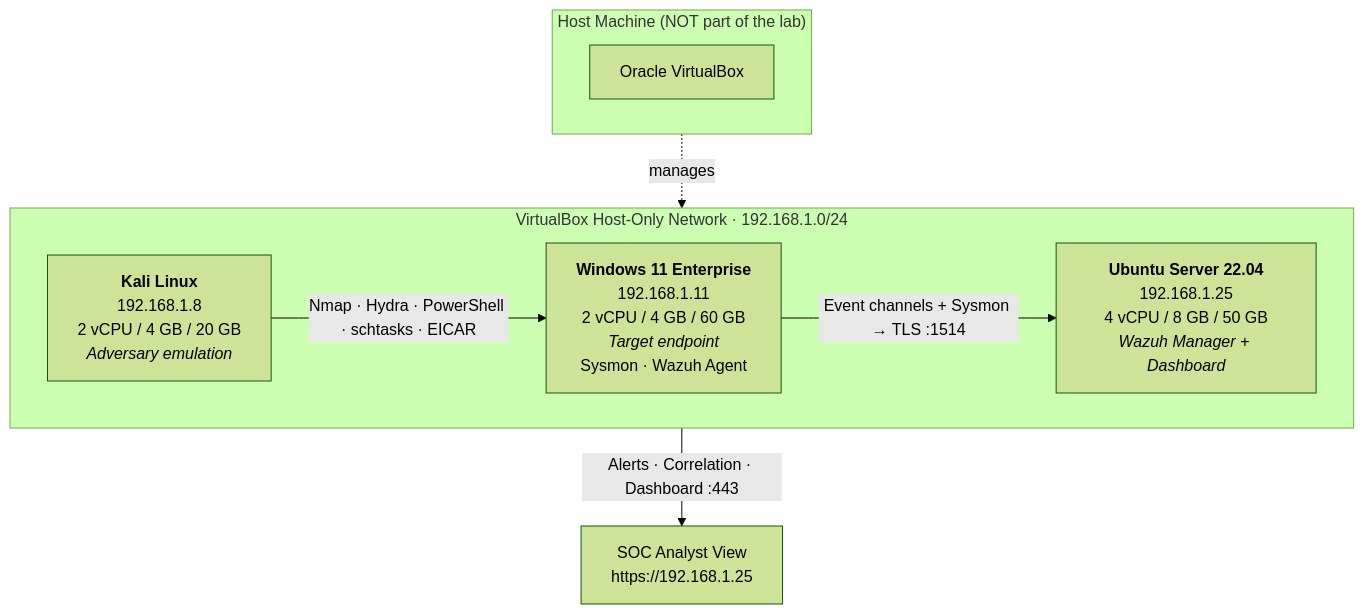
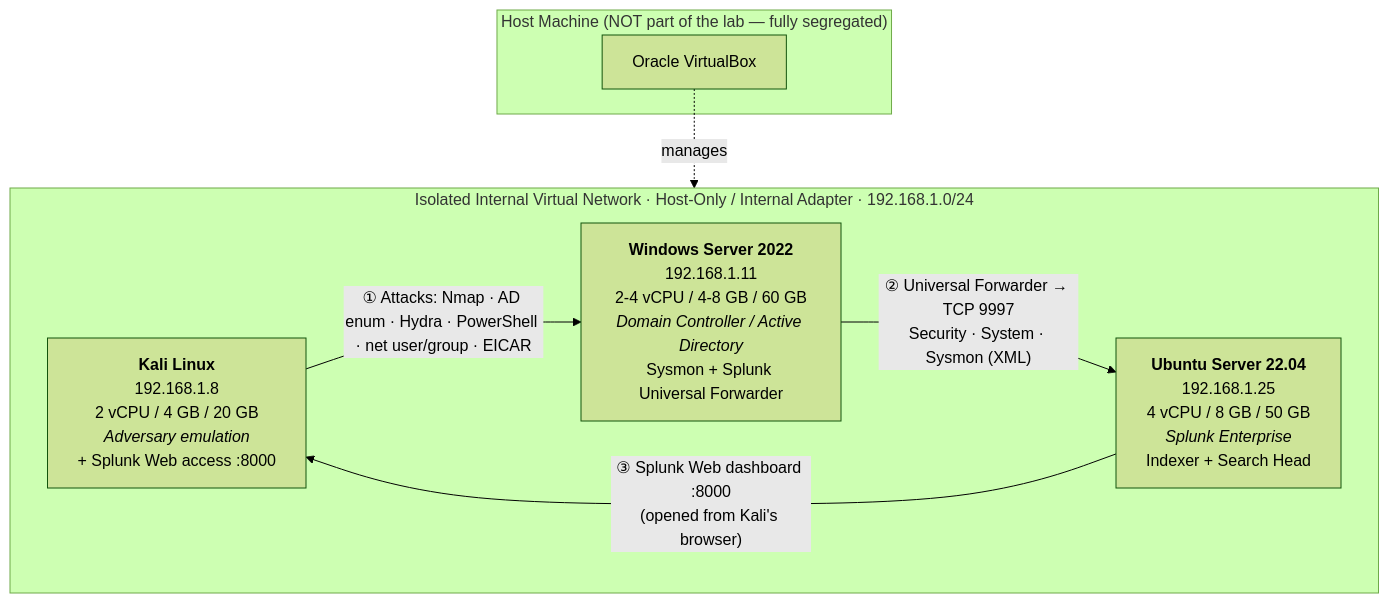
One commit to KHADERSHAREEF19/SOC-HOME_LAB changed the diagram in architecture/README.md. Above: the diagram before and after it, drawn with Mermaid (forest theme). The commit also changed other lines of this file and 33 other files, not shown here.

First line of the commit message:
Migrate repository from Wazuh to Splunk Enterprise + SPL

````diff
--- a/architecture/README.md
+++ b/architecture/README.md
@@ -11,19 +11,18 @@
 ```mermaid
 flowchart TB
-    subgraph host ["Host Machine (NOT part of the lab)"]
-        direction LR
+    subgraph host ["Host Machine (NOT part of the lab — fully segregated)"]
         HV["Oracle VirtualBox"]
     end
 
-    subgraph lab ["VirtualBox Host-Only Network · 192.168.1.0/24"]
+    subgraph lab ["Isolated Internal Virtual Network · Host-Only / Internal Adapter · 192.168.1.0/24"]
         direction LR
-        K["<b>Kali Linux</b><br>192.168.1.8<br>2 vCPU / 4 GB / 20 GB<br><i>Adversary emulation</i>"]
-        W["<b>Windows 11 Enterprise</b><br>192.168.1.11<br>2 vCPU / 4 GB / 60 GB<br><i>Target endpoint</i><br>Sysmon · Wazuh Agent"]
-        U["<b>Ubuntu Server 22.04</b><br>192.168.1.25<br>4 vCPU / 8 GB / 50 GB<br><i>Wazuh Manager + Dashboard</i>"]
+        K["<b>Kali Linux</b><br>192.168.1.8<br>2 vCPU / 4 GB / 20 GB<br><i>Adversary emulation</i><br>+ Splunk Web access :8000"]
+        W["<b>Windows Server 2022</b><br>192.168.1.11<br>2-4 vCPU / 4-8 GB / 60 GB<br><i>Domain Controller / Active Directory</i><br>Sysmon + Splunk Universal Forwarder"]
+        U["<b>Ubuntu Server 22.04</b><br>192.168.1.25<br>4 vCPU / 8 GB / 50 GB<br><i>Splunk Enterprise</i><br>Indexer + Search Head"]
     end
 
     HV -.manages.-> lab
-    K -->|"Nmap · Hydra · PowerShell · schtasks · EICAR"| W
-    W -->|"Event channels + Sysmon → TLS :1514"| U
-    U -->|"Alerts · Correlation · Dashboard :443"| SOC["SOC Analyst View<br>https://192.168.1.25"]
+    K -->|"① Attacks: Nmap · AD enum · Hydra · PowerShell · net user/group · EICAR"| W
+    W -->|"② Universal Forwarder → TCP 9997<br>Security · System · Sysmon (XML)"| U
+    U -->|"③ Splunk Web dashboard :8000<br>(opened from Kali's browser)"| K
 ```
````
